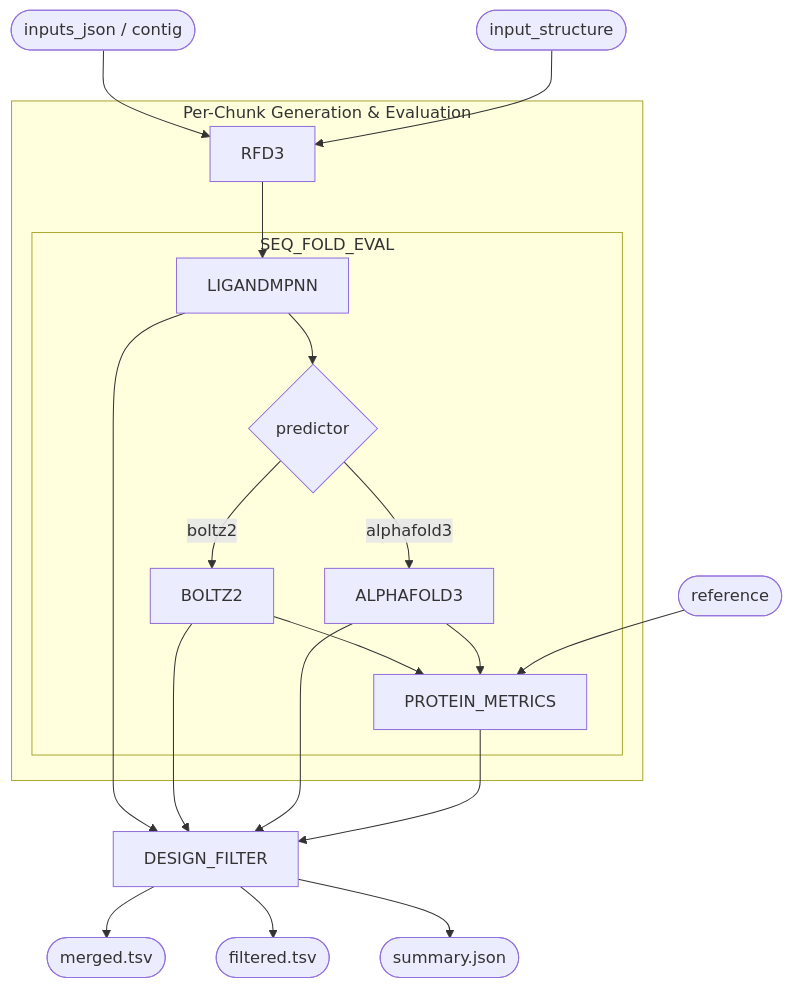
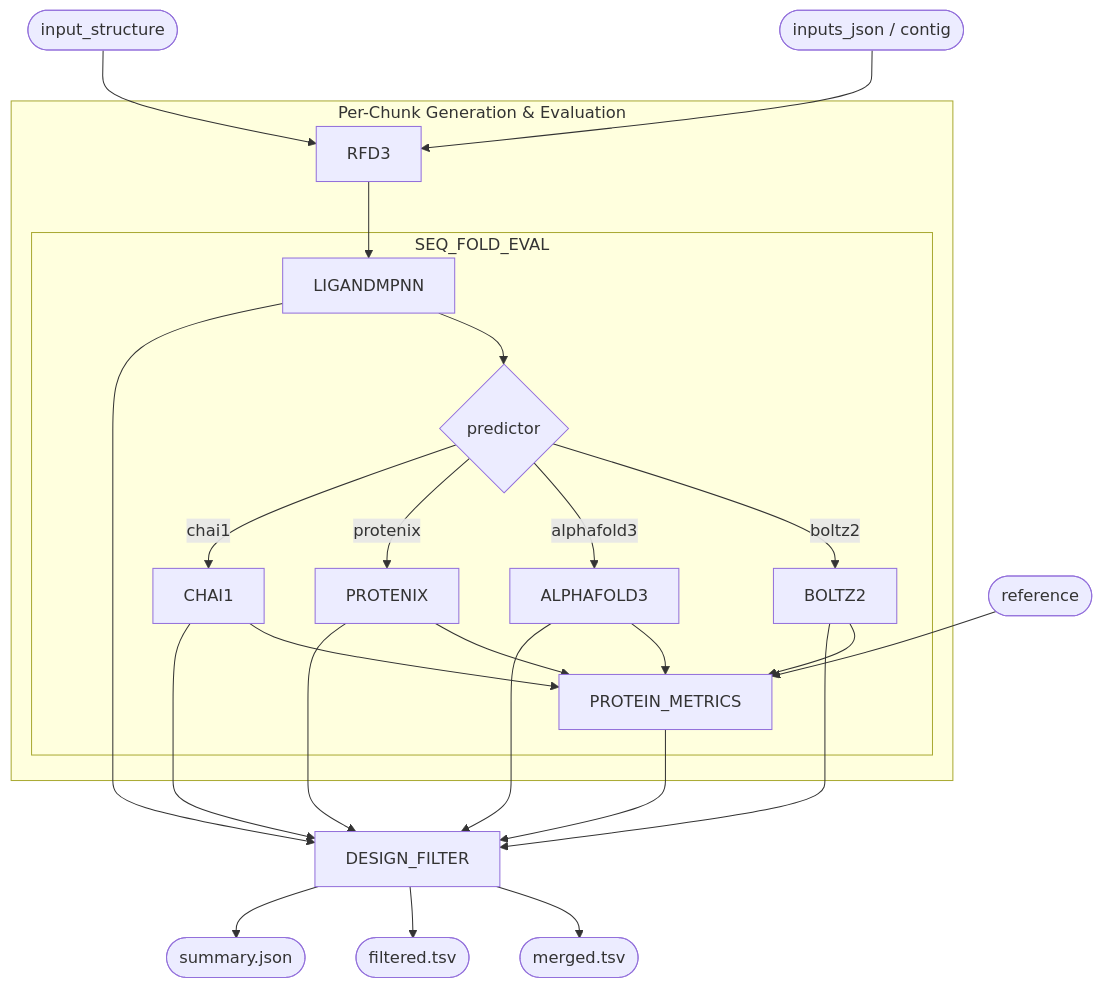
The diagram in resources/wrappers/workflows/local/protein_binder_design/wrapper/dag.mmd (dxsbiocc/phi-packages), drawn with Mermaid before and after one commit. The commit also changed 42 other files, not shown here.

Commit message:
feat(wrappers): add Protenix & Chai-1 predictors and Foldseek clustering in design_postprocess

```diff
--- a/resources/wrappers/workflows/local/protein_binder_design/wrapper/dag.mmd
+++ b/resources/wrappers/workflows/local/protein_binder_design/wrapper/dag.mmd
@@ -1,37 +1,45 @@
 flowchart TD
     in_spec([inputs_json / contig])
     in_target([input_structure])
     in_ref([reference])
 
     subgraph chunk [Per-Chunk Generation & Evaluation]
         p_rfd3[RFD3]
         subgraph sfe [SEQ_FOLD_EVAL]
             p_mpnn[LIGANDMPNN]
             d_pred{predictor}
             p_boltz[BOLTZ2]
             p_af3[ALPHAFOLD3]
+            p_protenix[PROTENIX]
+            p_chai1[CHAI1]
             p_metrics[PROTEIN_METRICS]
         end
     end
 
     p_filter[DESIGN_FILTER]
     out_merged([merged.tsv])
     out_filtered([filtered.tsv])
     out_summary([summary.json])
 
     in_spec --> p_rfd3
     in_target --> p_rfd3
     p_rfd3 --> p_mpnn
     p_mpnn --> d_pred
     d_pred -->|boltz2| p_boltz
     d_pred -->|alphafold3| p_af3
+    d_pred -->|protenix| p_protenix
+    d_pred -->|chai1| p_chai1
     p_boltz --> p_metrics
     p_af3 --> p_metrics
+    p_protenix --> p_metrics
+    p_chai1 --> p_metrics
     in_ref --> p_metrics
     p_mpnn --> p_filter
     p_boltz --> p_filter
     p_af3 --> p_filter
+    p_protenix --> p_filter
+    p_chai1 --> p_filter
     p_metrics --> p_filter
     p_filter --> out_merged
     p_filter --> out_filtered
     p_filter --> out_summary
```
